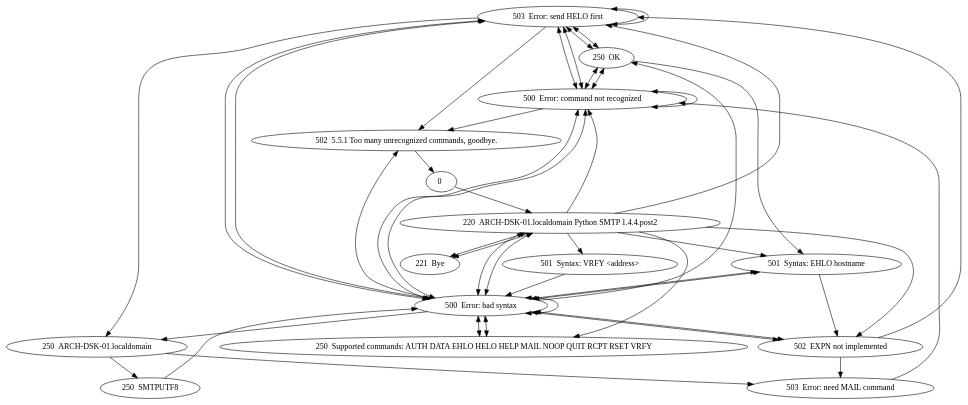
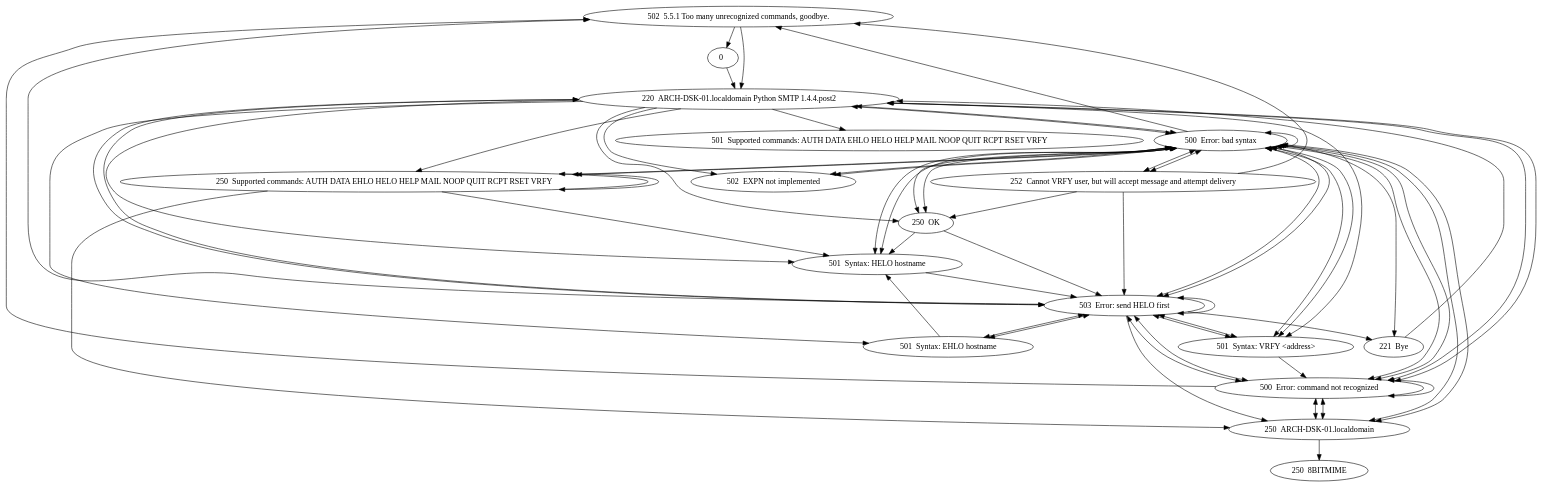
One commit to Quin-Darcy/netic changed the diagram in resources/state_model.dot. Above: the diagram before and after it, drawn with Graphviz. The commit also changed 4 other files, not shown here.

```diff
--- a/resources/state_model.dot
+++ b/resources/state_model.dot
@@ -1,127 +1,180 @@
 digraph state_graph {
+    "502  5.5.1 Too many unrecognized commands, goodbye.
+" -> "0  "
+    "500  Error: bad syntax
+" -> "221  Bye
+"
+    "500  Error: bad syntax
+" -> "252  Cannot VRFY user, but will accept message and attempt delivery
+" [dir="both"]
+    "500  Error: command not recognized" -> "250  ARCH-DSK-01.localdomain
+" [dir="both"]
+    "220  ARCH-DSK-01.localdomain Python SMTP 1.4.4.post2
+" -> "501  Syntax: EHLO hostname
+"
+    "500  Error: bad syntax
+" -> "500  Error: command not recognized" [dir="both"]
+    "501  Syntax: VRFY <address>
+" -> "503  Error: send HELO first
+" [dir="both"]
+    "250  ARCH-DSK-01.localdomain
+" -> "250  8BITMIME
+"
+    "500  Error: command not recognized" -> "503  Error: send HELO first
+" [dir="both"]
+    "220  ARCH-DSK-01.localdomain Python SMTP 1.4.4.post2
+" -> "503  Error: send HELO first
+" [dir="both"]
+    "220  ARCH-DSK-01.localdomain Python SMTP 1.4.4.post2
+" -> "502  EXPN not implemented
+"
+    "252  Cannot VRFY user, but will accept message and attempt delivery
+" -> "502  5.5.1 Too many unrecognized commands, goodbye.
+"
     "503  Error: send HELO first
+" -> "250  ARCH-DSK-01.localdomain
+"
+    "500  Error: bad syntax
 " -> "250  OK
 " [dir="both"]
+    "0  " -> "220  ARCH-DSK-01.localdomain Python SMTP 1.4.4.post2
+"
+    "500  Error: command not recognized" -> "502  5.5.1 Too many unrecognized commands, goodbye.
+"
+    "502  5.5.1 Too many unrecognized commands, goodbye.
+" -> "220  ARCH-DSK-01.localdomain Python SMTP 1.4.4.post2
+"
+    "250  Supported commands: AUTH DATA EHLO HELO HELP MAIL NOOP QUIT RCPT RSET VRFY
+" -> "501  Syntax: HELO hostname
+"
+    "250  Supported commands: AUTH DATA EHLO HELO HELP MAIL NOOP QUIT RCPT RSET VRFY
+" -> "250  ARCH-DSK-01.localdomain
+"
+    "500  Error: bad syntax
+" -> "502  5.5.1 Too many unrecognized commands, goodbye.
+"
+    "220  ARCH-DSK-01.localdomain Python SMTP 1.4.4.post2
+" -> "250  OK
+"
+    "503  Error: send HELO first
+" -> "220  ARCH-DSK-01.localdomain Python SMTP 1.4.4.post2
+" [dir="both"]
+    "503  Error: send HELO first
+" -> "500  Error: bad syntax
+" [dir="both"]
+    "503  Error: send HELO first
+" -> "503  Error: send HELO first
+" [dir="both"]
+    "220  ARCH-DSK-01.localdomain Python SMTP 1.4.4.post2
+" -> "501  Supported commands: AUTH DATA EHLO HELO HELP MAIL NOOP QUIT RCPT RSET VRFY
+"
+    "503  Error: send HELO first
+" -> "500  Error: command not recognized" [dir="both"]
+    "501  Syntax: HELO hostname
+" -> "500  Error: bad syntax
+" [dir="both"]
+    "503  Error: send HELO first
+" -> "221  Bye
+"
+    "250  Supported commands: AUTH DATA EHLO HELO HELP MAIL NOOP QUIT RCPT RSET VRFY
+" -> "250  Supported commands: AUTH DATA EHLO HELO HELP MAIL NOOP QUIT RCPT RSET VRFY
+" [dir="both"]
+    "250  OK
+" -> "500  Error: bad syntax
+" [dir="both"]
+    "220  ARCH-DSK-01.localdomain Python SMTP 1.4.4.post2
+" -> "501  Syntax: VRFY <address>
+"
+    "500  Error: bad syntax
+" -> "502  EXPN not implemented
+" [dir="both"]
     "501  Syntax: EHLO hostname
+" -> "503  Error: send HELO first
+" [dir="both"]
+    "250  OK
+" -> "503  Error: send HELO first
+"
+    "501  Syntax: VRFY <address>
+" -> "500  Error: command not recognized"
+    "252  Cannot VRFY user, but will accept message and attempt delivery
+" -> "503  Error: send HELO first
+"
+    "503  Error: send HELO first
+" -> "501  Syntax: VRFY <address>
+" [dir="both"]
+    "500  Error: command not recognized" -> "220  ARCH-DSK-01.localdomain Python SMTP 1.4.4.post2
+" [dir="both"]
+    "500  Error: bad syntax
+" -> "220  ARCH-DSK-01.localdomain Python SMTP 1.4.4.post2
+" [dir="both"]
+    "250  ARCH-DSK-01.localdomain
+" -> "500  Error: command not recognized" [dir="both"]
+    "220  ARCH-DSK-01.localdomain Python SMTP 1.4.4.post2
+" -> "500  Error: command not recognized" [dir="both"]
+    "220  ARCH-DSK-01.localdomain Python SMTP 1.4.4.post2
+" -> "250  Supported commands: AUTH DATA EHLO HELO HELP MAIL NOOP QUIT RCPT RSET VRFY
+"
+    "501  Syntax: VRFY <address>
+" -> "500  Error: bad syntax
+" [dir="both"]
+    "252  Cannot VRFY user, but will accept message and attempt delivery
+" -> "500  Error: bad syntax
+" [dir="both"]
+    "500  Error: bad syntax
+" -> "250  Supported commands: AUTH DATA EHLO HELO HELP MAIL NOOP QUIT RCPT RSET VRFY
+" [dir="both"]
+    "250  OK
+" -> "501  Syntax: HELO hostname
+"
+    "500  Error: bad syntax
+" -> "250  ARCH-DSK-01.localdomain
+" [dir="both"]
+    "500  Error: command not recognized" -> "500  Error: bad syntax
+" [dir="both"]
+    "503  Error: send HELO first
+" -> "501  Syntax: EHLO hostname
+" [dir="both"]
+    "502  EXPN not implemented
+" -> "500  Error: bad syntax
+" [dir="both"]
+    "252  Cannot VRFY user, but will accept message and attempt delivery
+" -> "250  OK
+"
+    "503  Error: send HELO first
+" -> "502  5.5.1 Too many unrecognized commands, goodbye.
+"
+    "250  ARCH-DSK-01.localdomain
+" -> "500  Error: bad syntax
+" [dir="both"]
+    "220  ARCH-DSK-01.localdomain Python SMTP 1.4.4.post2
+" -> "500  Error: bad syntax
+" [dir="both"]
+    "250  Supported commands: AUTH DATA EHLO HELO HELP MAIL NOOP QUIT RCPT RSET VRFY
 " -> "500  Error: bad syntax
 " [dir="both"]
     "500  Error: bad syntax
 " -> "500  Error: bad syntax
 " [dir="both"]
-    "250  Supported commands: AUTH DATA EHLO HELO HELP MAIL NOOP QUIT RCPT RSET VRFY
-" -> "500  Error: bad syntax
-" [dir="both"]
-    "500  Error: command not recognized" -> "500  Error: bad syntax
-" [dir="both"]
-    "500  Error: bad syntax
-" -> "500  Error: command not recognized" [dir="both"]
-    "500  Error: command not recognized" -> "250  OK
-" [dir="both"]
-    "500  Error: bad syntax
-" -> "502  EXPN not implemented
-" [dir="both"]
-    "220  ARCH-DSK-01.localdomain Python SMTP 1.4.4.post2
-" -> "250  Supported commands: AUTH DATA EHLO HELO HELP MAIL NOOP QUIT RCPT RSET VRFY
-"
-    "502  5.5.1 Too many unrecognized commands, goodbye.
-" -> "0  "
-    "500  Error: bad syntax
-" -> "501  Syntax: EHLO hostname
-" [dir="both"]
-    "220  ARCH-DSK-01.localdomain Python SMTP 1.4.4.post2
-" -> "501  Syntax: EHLO hostname
-"
     "500  Error: bad syntax
 " -> "503  Error: send HELO first
 " [dir="both"]
-    "500  Error: command not recognized" -> "502  5.5.1 Too many unrecognized commands, goodbye.
+    "221  Bye
+" -> "220  ARCH-DSK-01.localdomain Python SMTP 1.4.4.post2
 "
-    "250  OK
-" -> "501  Syntax: EHLO hostname
-"
-    "250  OK
-" -> "503  Error: send HELO first
-" [dir="both"]
-    "503  Error: send HELO first
-" -> "502  5.5.1 Too many unrecognized commands, goodbye.
+    "501  Syntax: EHLO hostname
+" -> "501  Syntax: HELO hostname
 "
     "220  ARCH-DSK-01.localdomain Python SMTP 1.4.4.post2
-" -> "500  Error: command not recognized"
-    "220  ARCH-DSK-01.localdomain Python SMTP 1.4.4.post2
-" -> "500  Error: bad syntax
-" [dir="both"]
-    "503  Error: need MAIL command
-" -> "500  Error: command not recognized"
+" -> "501  Syntax: HELO hostname
+"
     "500  Error: command not recognized" -> "500  Error: command not recognized" [dir="both"]
-    "250  ARCH-DSK-01.localdomain
-" -> "250  SMTPUTF8
-"
-    "0  " -> "220  ARCH-DSK-01.localdomain Python SMTP 1.4.4.post2
+    "501  Syntax: HELO hostname
+" -> "503  Error: send HELO first
 "
     "500  Error: bad syntax
-" -> "250  OK
-"
-    "500  Error: bad syntax
-" -> "250  Supported commands: AUTH DATA EHLO HELO HELP MAIL NOOP QUIT RCPT RSET VRFY
-" [dir="both"]
-    "501  Syntax: VRFY <address>
-" -> "500  Error: bad syntax
-"
-    "220  ARCH-DSK-01.localdomain Python SMTP 1.4.4.post2
 " -> "501  Syntax: VRFY <address>
-"
-    "250  SMTPUTF8
-" -> "500  Error: bad syntax
-"
-    "220  ARCH-DSK-01.localdomain Python SMTP 1.4.4.post2
-" -> "502  EXPN not implemented
-"
-    "250  OK
-" -> "500  Error: command not recognized" [dir="both"]
-    "501  Syntax: EHLO hostname
-" -> "502  EXPN not implemented
-"
-    "503  Error: send HELO first
-" -> "503  Error: send HELO first
 " [dir="both"]
     "500  Error: bad syntax
-" -> "502  5.5.1 Too many unrecognized commands, goodbye.
-"
-    "500  Error: command not recognized" -> "503  Error: send HELO first
+" -> "501  Syntax: HELO hostname
 " [dir="both"]
-    "503  Error: send HELO first
-" -> "250  ARCH-DSK-01.localdomain
-"
-    "503  Error: send HELO first
-" -> "500  Error: command not recognized" [dir="both"]
-    "500  Error: bad syntax
-" -> "220  ARCH-DSK-01.localdomain Python SMTP 1.4.4.post2
-" [dir="both"]
-    "220  ARCH-DSK-01.localdomain Python SMTP 1.4.4.post2
-" -> "503  Error: send HELO first
-"
-    "502  EXPN not implemented
-" -> "503  Error: send HELO first
-"
-    "502  EXPN not implemented
-" -> "500  Error: bad syntax
-" [dir="both"]
-    "503  Error: send HELO first
-" -> "500  Error: bad syntax
-" [dir="both"]
-    "220  ARCH-DSK-01.localdomain Python SMTP 1.4.4.post2
-" -> "221  Bye
-" [dir="both"]
-    "500  Error: bad syntax
-" -> "250  ARCH-DSK-01.localdomain
-"
-    "502  EXPN not implemented
-" -> "503  Error: need MAIL command
-"
-    "221  Bye
-" -> "220  ARCH-DSK-01.localdomain Python SMTP 1.4.4.post2
-" [dir="both"]
-    "250  ARCH-DSK-01.localdomain
-" -> "503  Error: need MAIL command
-"
 }
```
